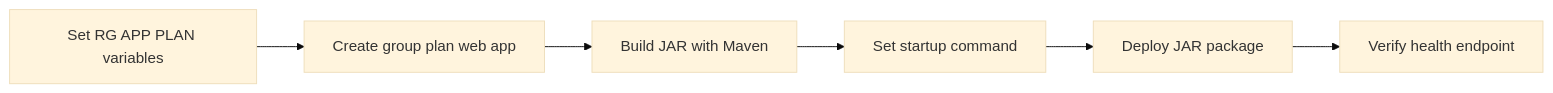
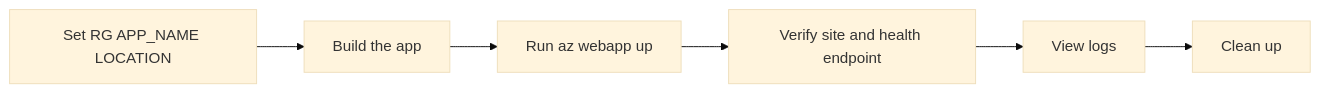
Before and after one commit to yeongseon/azure-app-service-practical-guide: the second of 2 diagrams in docs/language-guides/java/02-first-deploy.md, drawn with Mermaid (base theme). The commit also changed other lines of this file and 18 other files, not shown here.

````diff
--- a/docs/language-guides/java/02-first-deploy.md
+++ b/docs/language-guides/java/02-first-deploy.md
@@ -80,8 +45,8 @@
 ```mermaid
 flowchart LR
-    A[Set RG APP PLAN variables] --> B[Create group plan web app]
-    B --> C[Build JAR with Maven]
-    C --> D[Set startup command]
-    D --> E[Deploy JAR package]
-    E --> F[Verify health endpoint]
+    A[Set RG APP_NAME LOCATION] --> B[Build the app]
+    B --> C[Run az webapp up]
+    C --> D[Verify site and health endpoint]
+    D --> E[View logs]
+    E --> F[Clean up]
 ```
````
